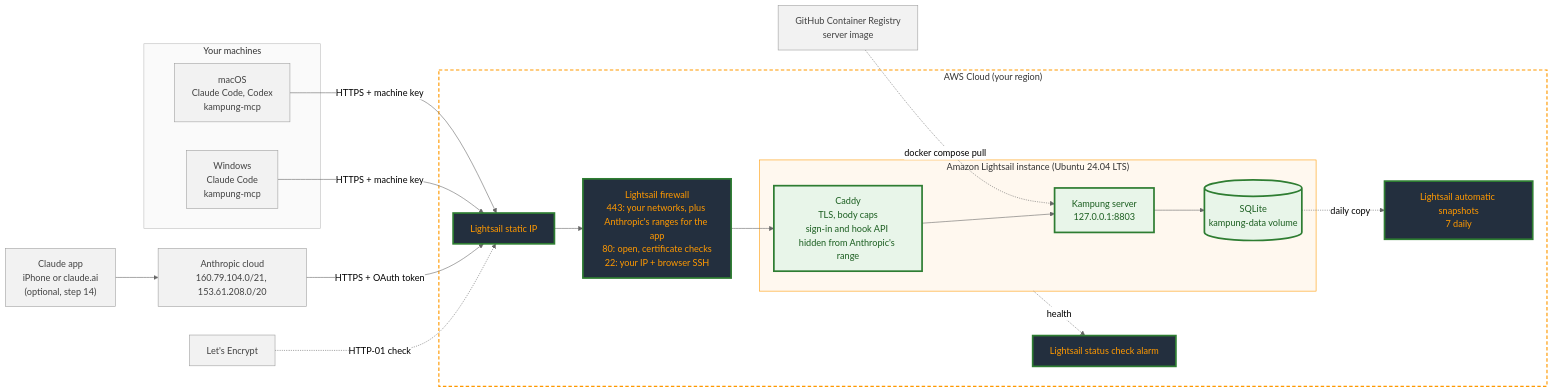
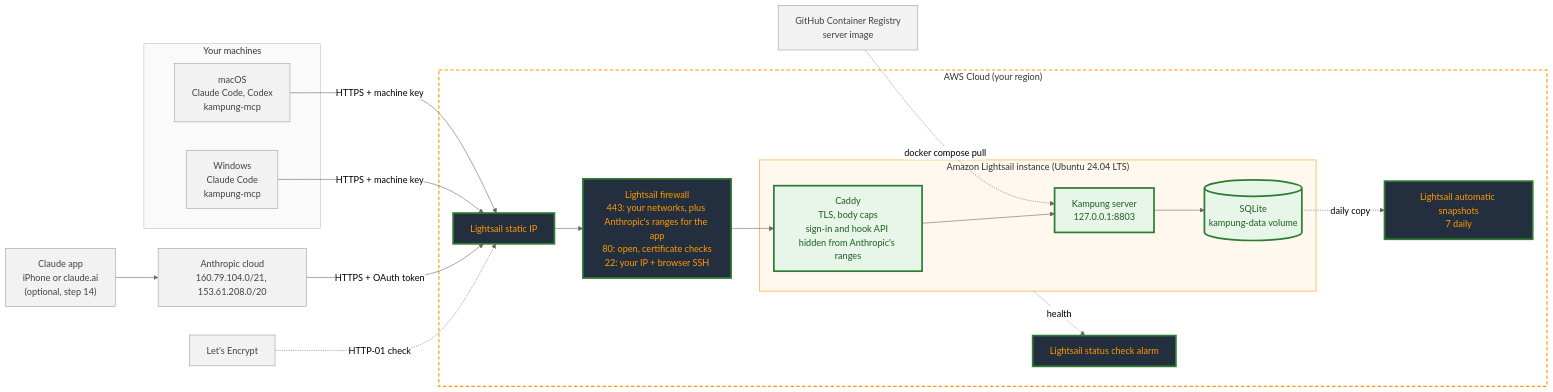
Before and after one commit to jztan/kampung-mcp: the diagram in docs/deploy-lightsail.md, drawn with Mermaid (neutral theme). The commit also changed other lines of this file and 9 other files, not shown here.

Commit message:
docs: v0.4.0 docs review fixes (both Anthropic ranges, 0.4 upgrade steps, background-session details, roadmap)

````diff
--- a/docs/deploy-lightsail.md
+++ b/docs/deploy-lightsail.md
@@ -13,43 +13,43 @@
 ```mermaid
 flowchart LR
     subgraph clients["Your machines"]
         mac["macOS<br/>Claude Code, Codex<br/>kampung-mcp"]
         win["Windows<br/>Claude Code<br/>kampung-mcp"]
     end
     app["Claude app<br/>iPhone or claude.ai<br/>(optional, step 14)"]
     anth["Anthropic cloud<br/>160.79.104.0/21, 153.61.208.0/20"]
     le["Let's Encrypt"]
     ghcr["GitHub Container Registry<br/>server image"]
 
     subgraph aws["AWS Cloud (your region)"]
         fw["Lightsail firewall<br/>443: your networks, plus Anthropic's ranges for the app<br/>80: open, certificate checks<br/>22: your IP + browser SSH"]
         ip["Lightsail static IP"]
         subgraph inst["Amazon Lightsail instance (Ubuntu 24.04 LTS)"]
-            caddy["Caddy<br/>TLS, body caps<br/>sign-in and hook API hidden from Anthropic's range"]
+            caddy["Caddy<br/>TLS, body caps<br/>sign-in and hook API hidden from Anthropic's ranges"]
             kampung["Kampung server<br/>127.0.0.1:8803"]
             db[("SQLite<br/>kampung-data volume")]
         end
         snap["Lightsail automatic snapshots<br/>7 daily"]
         alarm["Lightsail status check alarm"]
     end
 
     mac -- "HTTPS + machine key" --> ip
     win -- "HTTPS + machine key" --> ip
     app --> anth
     anth -- "HTTPS + OAuth token" --> ip
     le -. "HTTP-01 check" .-> ip
     ghcr -. "docker compose pull" .-> kampung
     ip --> fw --> caddy --> kampung --> db
     db -. "daily copy" .-> snap
     inst -. "health" .-> alarm
 
     classDef awsnew fill:#232F3E,color:#FF9900,stroke:#2e7d32,stroke-width:3px
     classDef appnew fill:#e8f5e9,color:#1b5e20,stroke:#2e7d32,stroke-width:3px
     classDef existing fill:#f2f2f2,color:#424242,stroke:#9e9e9e
     class fw,ip,snap,alarm awsnew
     class caddy,kampung,db appnew
     class mac,win,le,ghcr,app,anth existing
     style aws fill:#ffffff,stroke:#FF9900,stroke-width:2px,stroke-dasharray:6 4
     style inst fill:#fff8ef,stroke:#FF9900
     style clients fill:#fafafa,stroke:#bdbdbd
 ```
````
